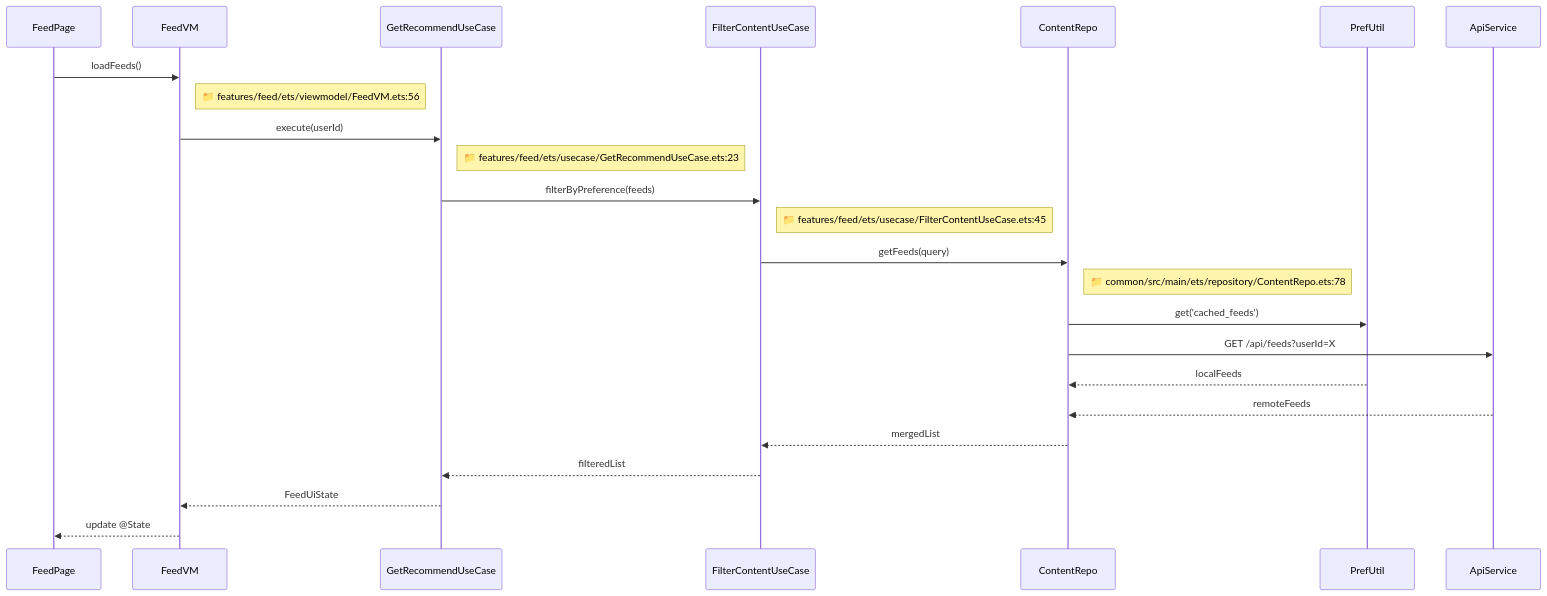
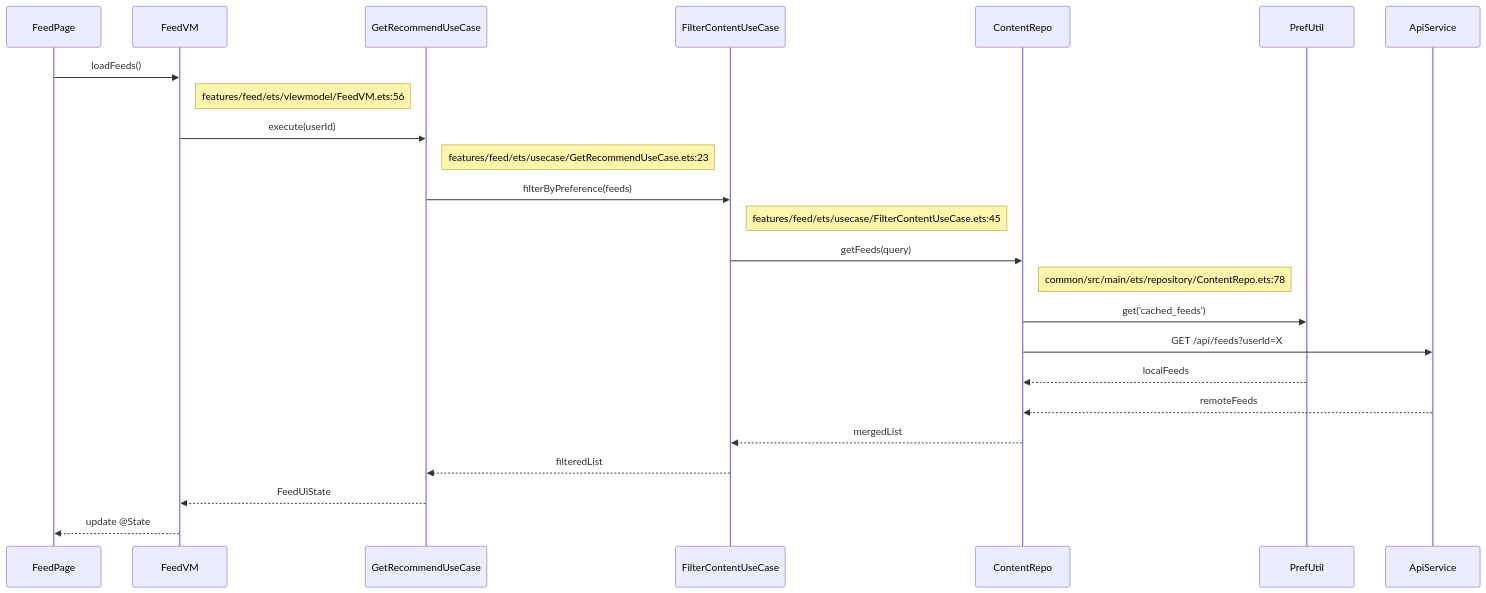
The fifth of 5 diagrams in references/harmonyos-template.md (CaostGrace/project-arch-reverse), drawn with Mermaid before and after one commit. The commit also changed other lines of this file and 10 other files, not shown here.

Commit message:
fix: 修复 12.1 流程图 Mermaid 渲染问题 - 结构重组+节点引号+形状修复

````diff
--- a/references/harmonyos-template.md
+++ b/references/harmonyos-template.md
@@ -518,27 +534,27 @@
 ```mermaid
 sequenceDiagram
     participant Page as FeedPage
     participant VM as FeedVM
     participant UC as GetRecommendUseCase
     participant Filter as FilterContentUseCase
     participant Repo as ContentRepo
     participant Local as PrefUtil
     participant Remote as ApiService
 
     Page->>VM: loadFeeds()
-    Note right of VM: 📁 features/feed/ets/viewmodel/FeedVM.ets:56
+    Note right of VM:  features/feed/ets/viewmodel/FeedVM.ets:56
     VM->>UC: execute(userId)
-    Note right of UC: 📁 features/feed/ets/usecase/GetRecommendUseCase.ets:23
+    Note right of UC:  features/feed/ets/usecase/GetRecommendUseCase.ets:23
     UC->>Filter: filterByPreference(feeds)
-    Note right of Filter: 📁 features/feed/ets/usecase/FilterContentUseCase.ets:45
+    Note right of Filter:  features/feed/ets/usecase/FilterContentUseCase.ets:45
     Filter->>Repo: getFeeds(query)
-    Note right of Repo: 📁 common/src/main/ets/repository/ContentRepo.ets:78
+    Note right of Repo:  common/src/main/ets/repository/ContentRepo.ets:78
     Repo->>Local: get('cached_feeds')
     Repo->>Remote: GET /api/feeds?userId=X
     Local-->>Repo: localFeeds
     Remote-->>Repo: remoteFeeds
     Repo-->>Filter: mergedList
     Filter-->>UC: filteredList
     UC-->>VM: FeedUiState
     VM-->>Page: update @State
 ```
````
